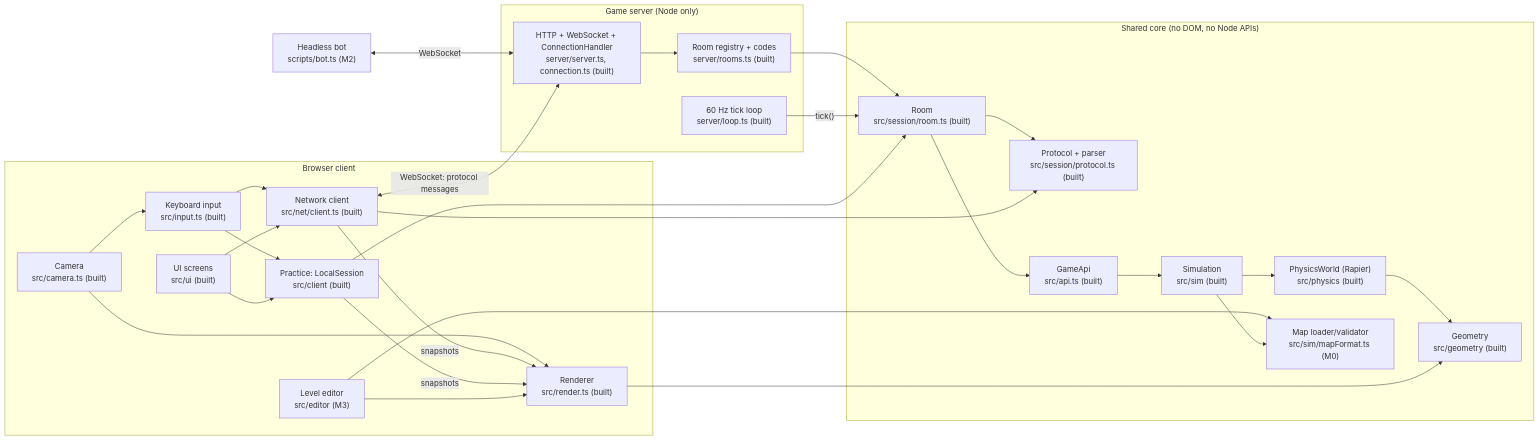
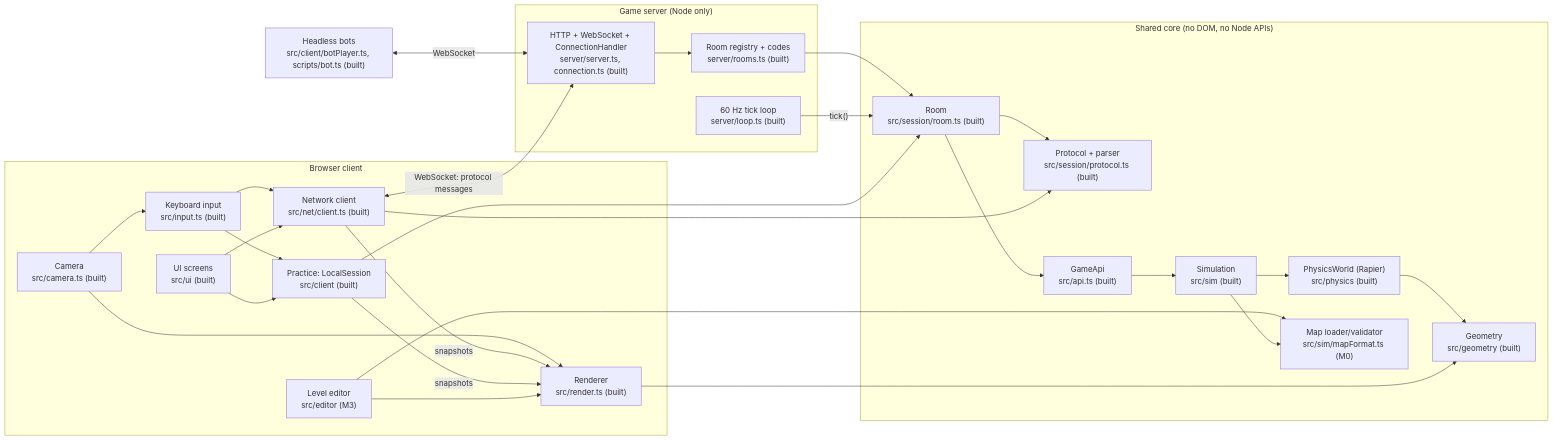
One commit to j1010001/aibuild-bulanci-test-1 changed the first of 5 diagrams in spec/architecture.md. Above: the diagram before and after it, drawn with Mermaid. The commit also changed other lines of this file and 9 other files, not shown here.

````diff
--- a/spec/architecture.md
+++ b/spec/architecture.md
@@ -20,52 +20,52 @@
 ```mermaid
 flowchart LR
   subgraph Browser["Browser client"]
     UI["UI screens<br/>src/ui (built)"]
     Input["Keyboard input<br/>src/input.ts (built)"]
     Camera["Camera<br/>src/camera.ts (built)"]
     Renderer["Renderer<br/>src/render.ts (built)"]
     NetClient["Network client<br/>src/net/client.ts (built)"]
     Editor["Level editor<br/>src/editor (M3)"]
     PracticeRoom["Practice: LocalSession<br/>src/client (built)"]
   end
 
   subgraph Core["Shared core (no DOM, no Node APIs)"]
     Room["Room<br/>src/session/room.ts (built)"]
     Protocol["Protocol + parser<br/>src/session/protocol.ts (built)"]
     GameApi["GameApi<br/>src/api.ts (built)"]
     Sim["Simulation<br/>src/sim (built)"]
     Physics["PhysicsWorld (Rapier)<br/>src/physics (built)"]
     Geometry["Geometry<br/>src/geometry (built)"]
     MapFormat["Map loader/validator<br/>src/sim/mapFormat.ts (M0)"]
   end
 
   subgraph Server["Game server (Node only)"]
     WS["HTTP + WebSocket + ConnectionHandler<br/>server/server.ts, connection.ts (built)"]
     Registry["Room registry + codes<br/>server/rooms.ts (built)"]
     Loop["60 Hz tick loop<br/>server/loop.ts (built)"]
   end
 
-  Bot["Headless bot<br/>scripts/bot.ts (M2)"]
+  Bot["Headless bots<br/>src/client/botPlayer.ts, scripts/bot.ts (built)"]
 
   Input --> NetClient
   Input --> PracticeRoom
   Camera --> Input
   Camera --> Renderer
   NetClient <-->|"WebSocket: protocol messages"| WS
   Bot <-->|"WebSocket"| WS
   WS --> Registry --> Room
   Loop -->|"tick()"| Room
   PracticeRoom --> Room
   NetClient -->|"snapshots"| Renderer
   PracticeRoom -->|"snapshots"| Renderer
   UI --> NetClient
   UI --> PracticeRoom
   Editor --> MapFormat
   Editor --> Renderer
   Room --> GameApi --> Sim --> Physics
   Room --> Protocol
   NetClient --> Protocol
   Sim --> MapFormat
   Physics --> Geometry
   Renderer --> Geometry
 ```
````
